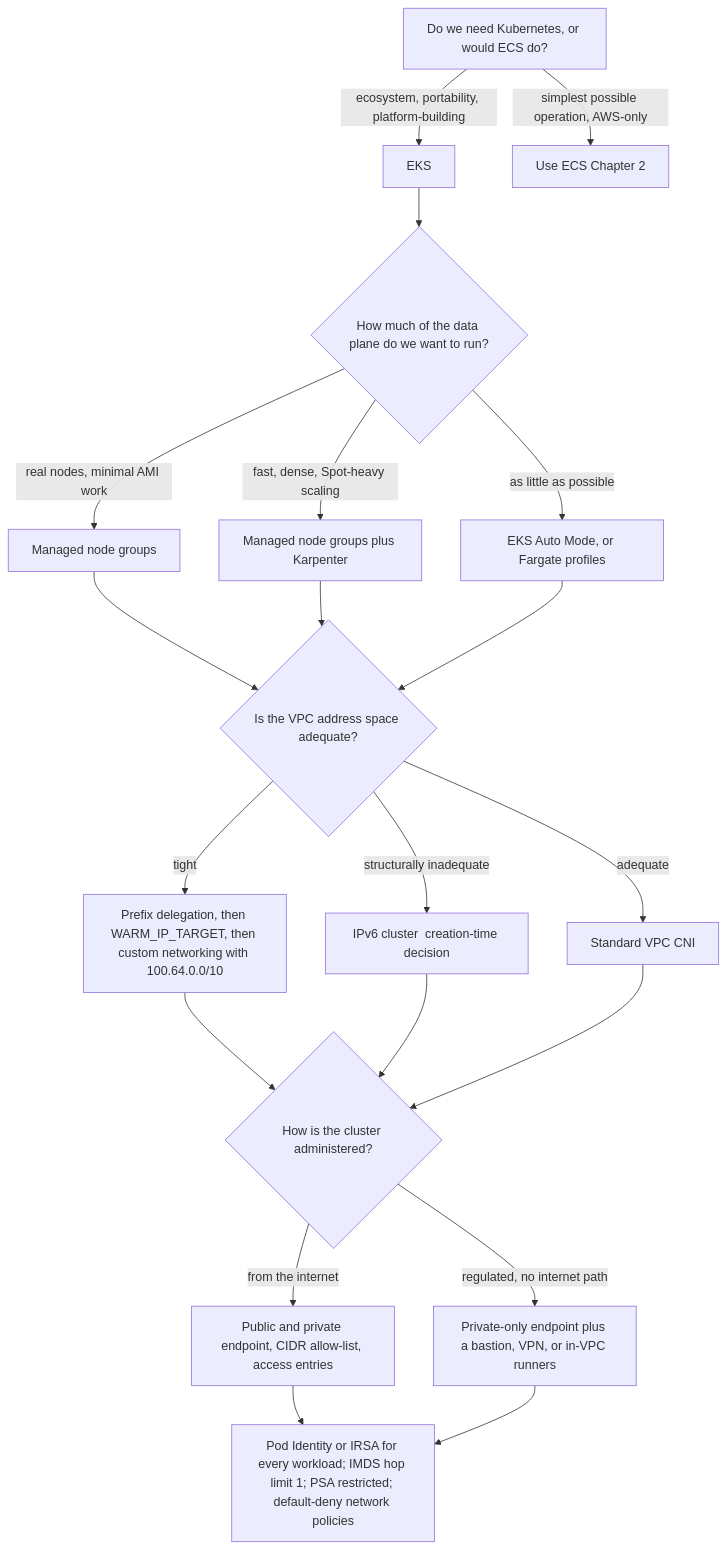
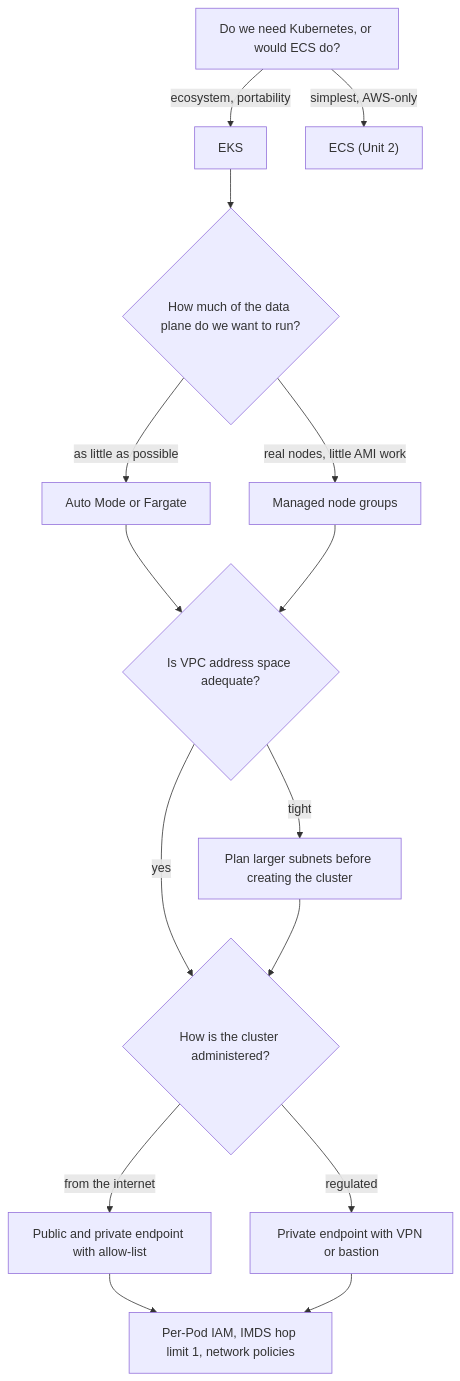
One commit to norbutlepcha25/dso303 changed the diagram in docs/unit3/topic1.md. Above: the diagram before and after it, drawn with Mermaid. The commit also changed other lines of this file and 164 other files, not shown here.

````diff
--- a/docs/unit3/topic1.md
+++ b/docs/unit3/topic1.md
@@ -751,22 +377,17 @@
 ```mermaid
 flowchart TD
-    A["Do we need Kubernetes, or would ECS do?"] -->|"ecosystem, portability, platform-building"| B["EKS"]
-    A -->|"simplest possible operation, AWS-only"| Z["Use ECS  Chapter 2"]
+    A["Do we need Kubernetes, or would ECS do?"] -->|"ecosystem, portability"| B["EKS"]
+    A -->|"simplest, AWS-only"| Z["ECS (Unit 2)"]
     B --> C{"How much of the data plane do we want to run?"}
-    C -->|"as little as possible"| D["EKS Auto Mode, or Fargate profiles"]
-    C -->|"real nodes, minimal AMI work"| E["Managed node groups"]
-    C -->|"fast, dense, Spot-heavy scaling"| F["Managed node groups plus Karpenter"]
-    E --> G{"Is the VPC address space adequate?"}
-    F --> G
-    D --> G
-    G -->|"tight"| H["Prefix delegation, then WARM_IP_TARGET, then custom networking with 100.64.0.0/10"]
-    G -->|"structurally inadequate"| I["IPv6 cluster  creation-time decision"]
-    G -->|"adequate"| J["Standard VPC CNI"]
-    H --> K{"How is the cluster administered?"}
-    I --> K
-    J --> K
-    K -->|"from the internet"| L["Public and private endpoint, CIDR allow-list, access entries"]
-    K -->|"regulated, no internet path"| M["Private-only endpoint plus a bastion, VPN, or in-VPC runners"]
-    L --> N["Pod Identity or IRSA for every workload; IMDS hop limit 1; PSA restricted; default-deny network policies"]
+    C -->|"as little as possible"| D["Auto Mode or Fargate"]
+    C -->|"real nodes, little AMI work"| E["Managed node groups"]
+    D --> G{"Is VPC address space adequate?"}
+    E --> G
+    G -->|"tight"| H["Plan larger subnets before creating the cluster"]
+    G -->|"yes"| K{"How is the cluster administered?"}
+    H --> K
+    K -->|"from the internet"| L["Public and private endpoint with allow-list"]
+    K -->|"regulated"| M["Private endpoint with VPN or bastion"]
+    L --> N["Per-Pod IAM, IMDS hop limit 1, network policies"]
     M --> N
 ```
````
